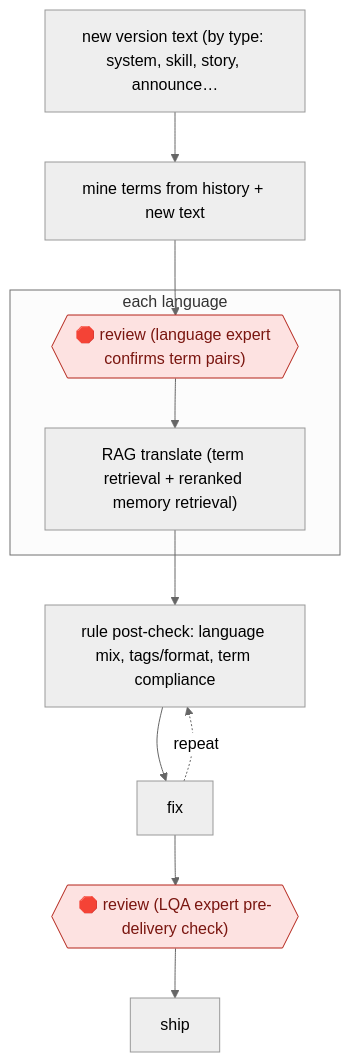
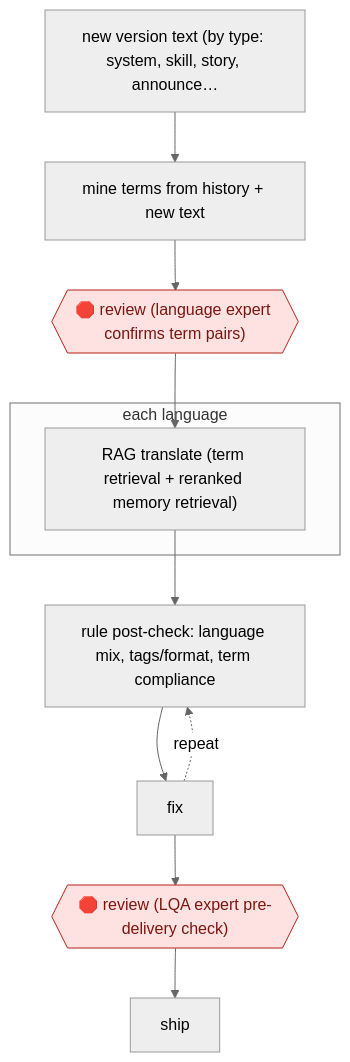
Before and after one commit to milesradford99/agent-workflow-atlas: the diagram in workflows/CRE/WRI/TRANS/term-gated-game-localisation/README.md, drawn with Mermaid (neutral theme). The commit also changed other lines of this file and 171 other files, not shown here.

````diff
--- a/workflows/CRE/WRI/TRANS/term-gated-game-localisation/README.md
+++ b/workflows/CRE/WRI/TRANS/term-gated-game-localisation/README.md
@@ -31,22 +31,22 @@
 ```mermaid
 flowchart TD
   n1["new version text (by type: system, skill, story, announce…"]
   n2["mine terms from history + new text"]
-  n1 --> n2
   n3{{"🛑 review (language expert confirms term pairs)"}}:::stop
-  n2 --> n3
   subgraph s4["each language"]
   n5["RAG translate (term retrieval + reranked memory retrieval)"]
-  n3 --> n5
   end
   n6["rule post-check: language mix, tags/format, term compliance"]
+  n7["fix"]
+  n8{{"🛑 review (LQA expert pre-delivery check)"}}:::stop
+  n9["ship"]
+  n1 --> n2
+  n2 --> n3
+  n3 --> n5
   n5 --> n6
-  n7["fix"]
   n6 --> n7
   n7 -.->|repeat| n6
-  n8{{"🛑 review (LQA expert pre-delivery check)"}}:::stop
   n7 --> n8
-  n9["ship"]
   n8 --> n9
   classDef stop fill:#fde2e1,stroke:#b42318,color:#7a1610
 ```
````
